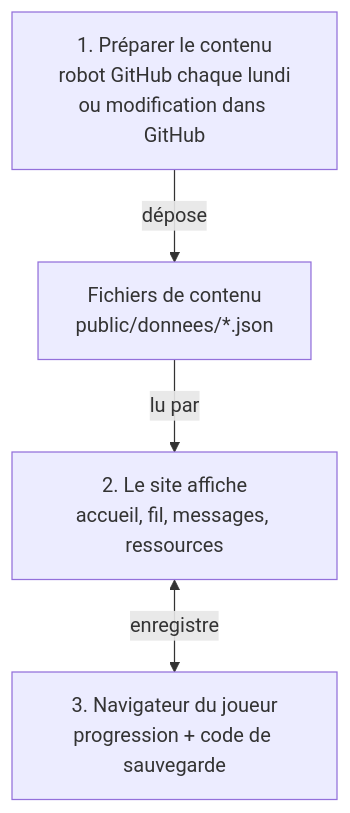
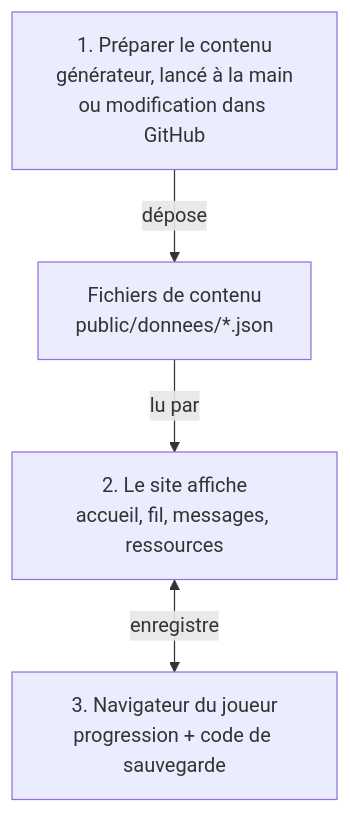
Before and after one commit to KitsuneE24/ctrlinfo-website: the diagram in SPEC.md, drawn with Mermaid. The commit also changed other lines of this file and 1 other file, not shown here.

Commit message:
[Docs] Contenu fixe et économie des crédits Netlify

````diff
--- a/SPEC.md
+++ b/SPEC.md
@@ -103,8 +104,8 @@
 ```mermaid
 flowchart TB
-  A["1. Préparer le contenu<br/>robot GitHub chaque lundi<br/>ou modification dans GitHub"]
+  A["1. Préparer le contenu<br/>générateur, lancé à la main<br/>ou modification dans GitHub"]
   B["Fichiers de contenu<br/>public/donnees/*.json"]
   C["2. Le site affiche<br/>accueil, fil, messages, ressources"]
   D["3. Navigateur du joueur<br/>progression + code de sauvegarde"]
   A -->|dépose| B -->|lu par| C <-->|enregistre| D
 ```
````
